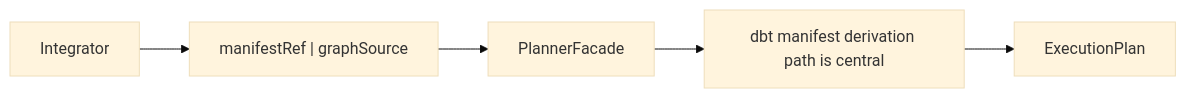
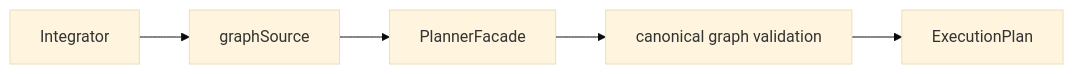
The second of 3 diagrams in docs/guides/generic-graph-source-user-manual-20260404.md (dunay2/dvt), drawn with Mermaid (base theme) before and after one commit. The commit also changed other lines of this file and 46 other files, not shown here.

Commit message:
refactor(planner): Hard-cut runtime ingress to canonical graphSource

````diff
--- a/docs/guides/generic-graph-source-user-manual-20260404.md
+++ b/docs/guides/generic-graph-source-user-manual-20260404.md
@@ -68,7 +80,7 @@
 ```mermaid
 flowchart LR
-  Caller["Integrator"] --> Inputs["manifestRef | graphSource"]
+  Caller["Integrator"] --> Inputs["graphSource"]
   Inputs --> Facade["PlannerFacade"]
-  Facade --> DbtPath["dbt manifest derivation path is central"]
-  DbtPath --> Plan["ExecutionPlan"]
+  Facade --> Validator["canonical graph validation"]
+  Validator --> Plan["ExecutionPlan"]
 ```
````
